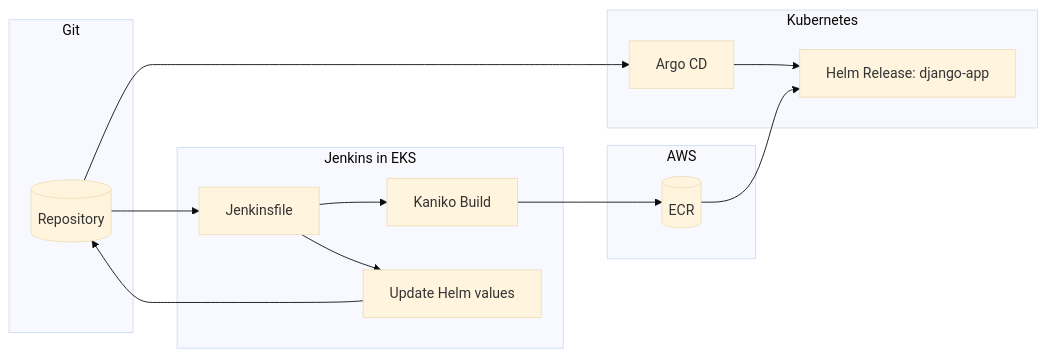
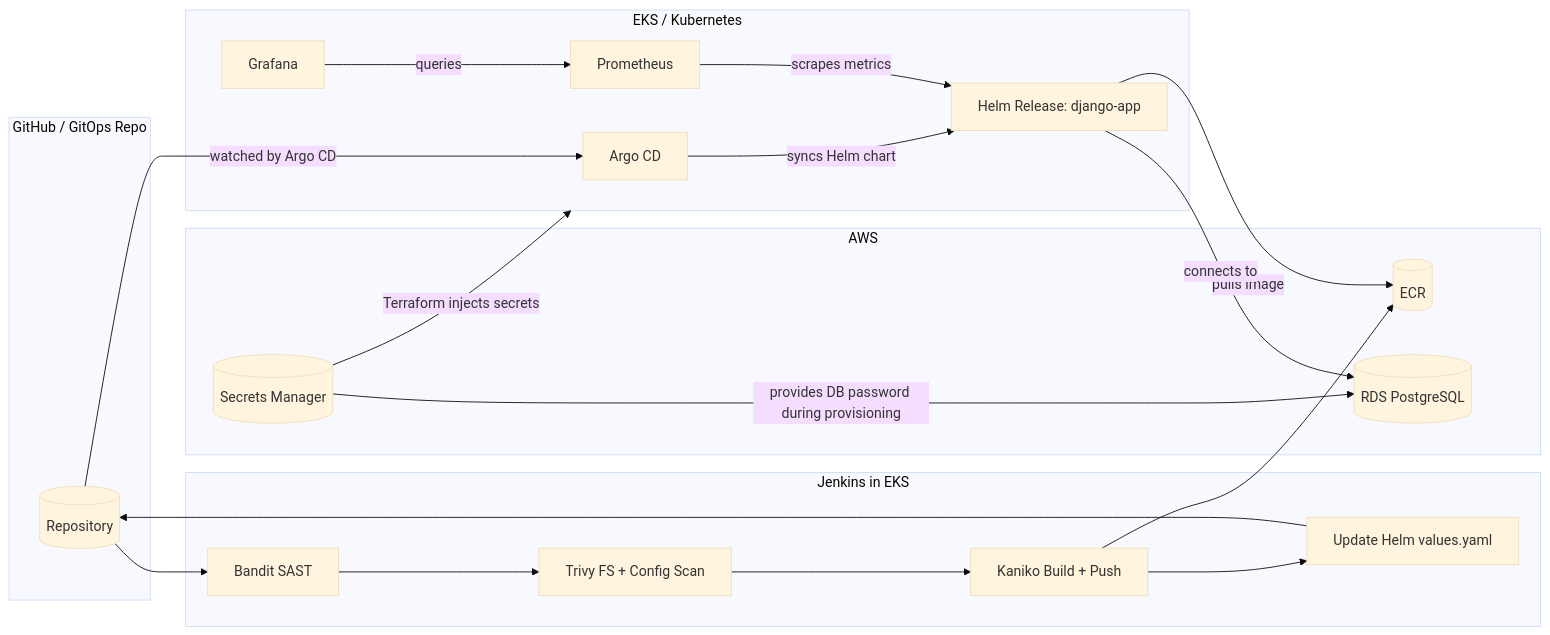
Before and after one commit to VOSolyanik/goit-devops: the diagram in README.md, drawn with Mermaid (base theme). The commit also changed other lines of this file, not shown here.

Commit message:
docs: update CI/CD diagram and add Trivy findings table

````diff
--- a/README.md
+++ b/README.md
@@ -152,27 +30,40 @@
 ```mermaid
 flowchart LR
-  subgraph git[Git]
+  subgraph git[GitHub / GitOps Repo]
     Repo[(Repository)]
   end
 
   subgraph ci[Jenkins in EKS]
-    Job[Jenkinsfile]
-    Kaniko[Kaniko Build]
-    GitPush[Update Helm values]
+    Bandit[Bandit SAST]
+    Trivy[Trivy FS + Config Scan]
+    Kaniko[Kaniko Build + Push]
+    GitPush[Update Helm values.yaml]
   end
 
   subgraph aws[AWS]
     ECR[(ECR)]
+    SM[(Secrets Manager)]
+    RDS[(RDS PostgreSQL)]
   end
 
-  subgraph k8s[Kubernetes]
+  subgraph k8s[EKS / Kubernetes]
     Argo[Argo CD]
     App[Helm Release: django-app]
+    Prom[Prometheus]
+    Graf[Grafana]
   end
 
-  Repo --> Job
-  Job --> Kaniko --> ECR
-  Job --> GitPush --> Repo
-  Repo --> Argo --> App
-  ECR --> App
+  Repo --> Bandit --> Trivy --> Kaniko --> ECR
+  Kaniko --> GitPush --> Repo
+
+  SM -- Terraform injects secrets --> k8s
+  SM -- provides DB password during provisioning --> RDS
+
+  Repo -- watched by Argo CD --> Argo
+  Argo -- syncs Helm chart --> App
+  App -- pulls image --> ECR
+  App -- connects to --> RDS
+
+  Prom -- scrapes metrics --> App
+  Graf -- queries --> Prom
 ```
````
